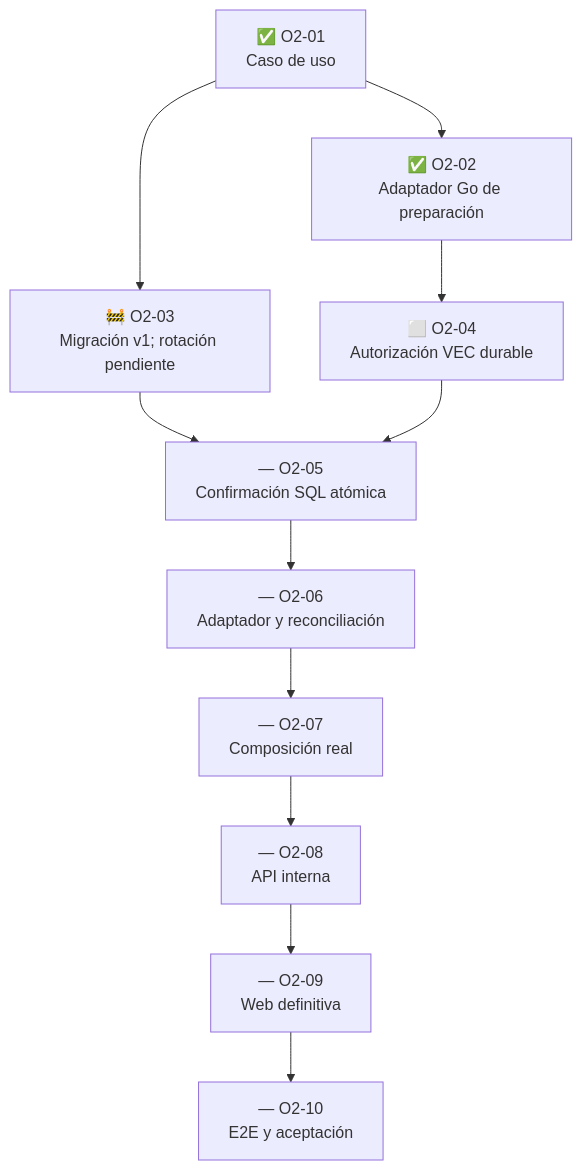
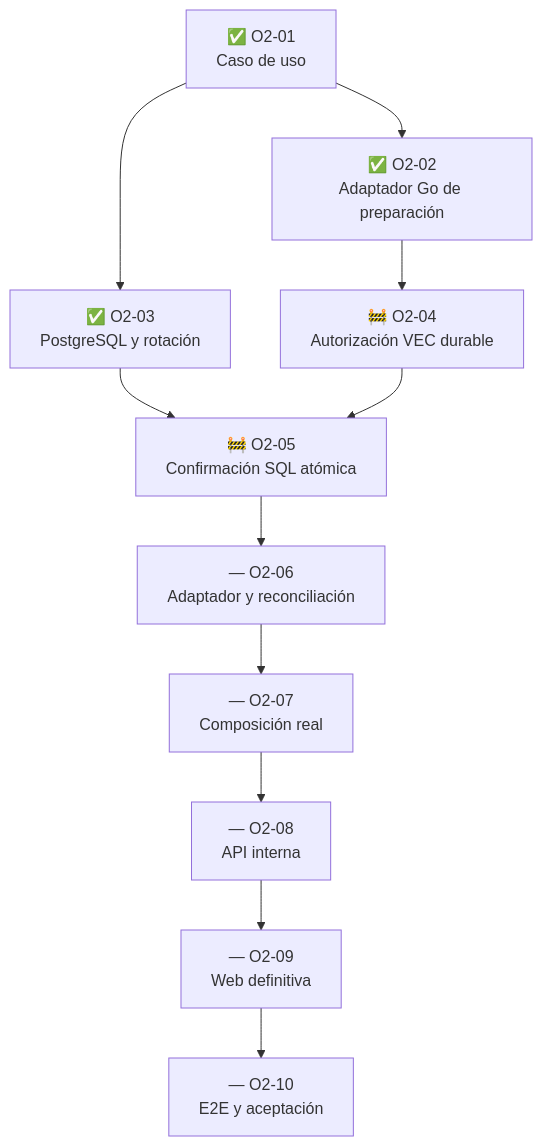
The second of 2 diagrams in docs/portal_vec/mapa_objetivos_tareas_y_paralelizacion_2026-07-23.md (aavidad/VEC_Diputacion_app), drawn with Mermaid before and after one commit. The commit also changed other lines of this file and 3 other files, not shown here.

````diff
--- a/docs/portal_vec/mapa_objetivos_tareas_y_paralelizacion_2026-07-23.md
+++ b/docs/portal_vec/mapa_objetivos_tareas_y_paralelizacion_2026-07-23.md
@@ -56,24 +56,24 @@
 ```mermaid
 flowchart TD
     O201["✅ O2-01<br/>Caso de uso"]
     O202["✅ O2-02<br/>Adaptador Go de preparación"]
-    O203["🚧 O2-03<br/>Migración v1; rotación pendiente"]
-    O204["⬜ O2-04<br/>Autorización VEC durable"]
-    O205["— O2-05<br/>Confirmación SQL atómica"]
+    O203["✅ O2-03<br/>PostgreSQL y rotación"]
+    O204["🚧 O2-04<br/>Autorización VEC durable"]
+    O205["🚧 O2-05<br/>Confirmación SQL atómica"]
     O206["— O2-06<br/>Adaptador y reconciliación"]
     O207["— O2-07<br/>Composición real"]
     O208["— O2-08<br/>API interna"]
     O209["— O2-09<br/>Web definitiva"]
     O210["— O2-10<br/>E2E y aceptación"]
 
     O201 --> O202
     O201 --> O203
     O202 --> O204
     O203 --> O205
     O204 --> O205
     O205 --> O206
     O206 --> O207
     O207 --> O208
     O208 --> O209
     O209 --> O210
 ```
````
